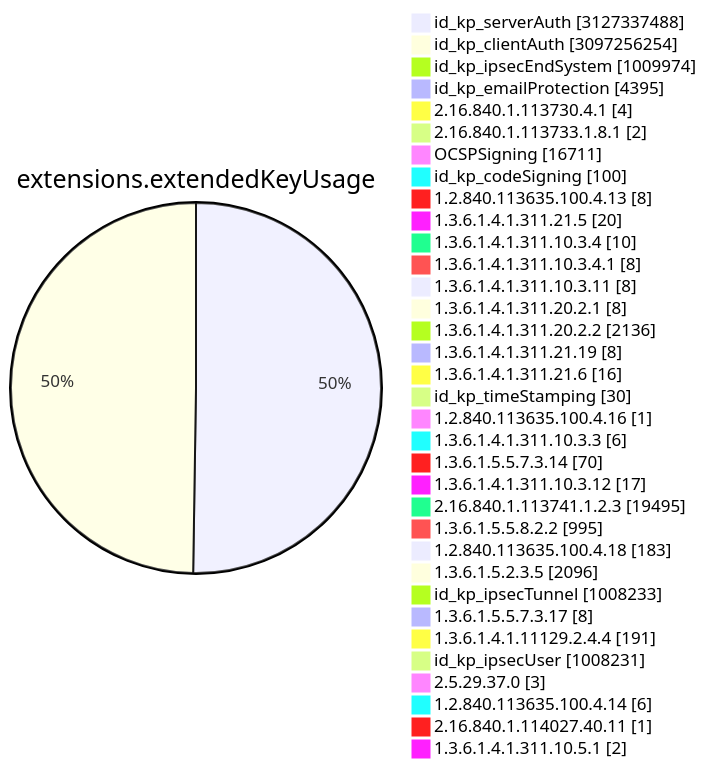
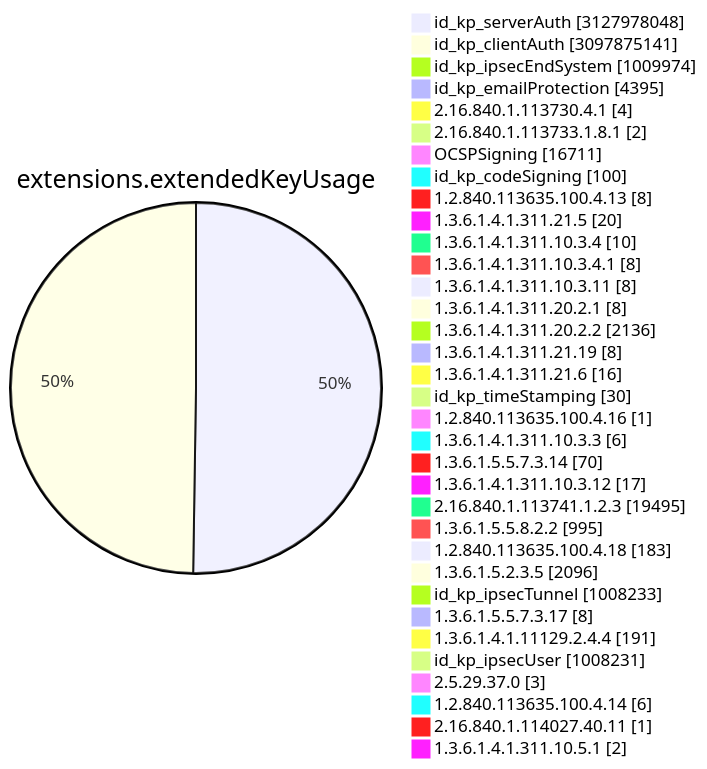
Before and after one commit to christiankrug/ctmonitor_visualization: diagram 11 of 15 in TOTAL/README.md, drawn with Mermaid. The commit also changed other lines of this file, not shown here.

````diff
--- a/TOTAL/README.md
+++ b/TOTAL/README.md
@@ -4119,38 +4119,38 @@
 ```mermaid
 pie showData
 title extensions.extendedKeyUsage
-"id_kp_serverAuth" :3127337488
-"id_kp_clientAuth" :3097256254
+"id_kp_serverAuth" :3127978048
+"id_kp_clientAuth" :3097875141
 "id_kp_ipsecEndSystem" :1009974
 "id_kp_emailProtection" :4395
 "2.16.840.1.113730.4.1" :4
 "2.16.840.1.113733.1.8.1" :2
 "OCSPSigning" :16711
 "id_kp_codeSigning" :100
 "1.2.840.113635.100.4.13" :8
 "1.3.6.1.4.1.311.21.5" :20
 "1.3.6.1.4.1.311.10.3.4" :10
 "1.3.6.1.4.1.311.10.3.4.1" :8
 "1.3.6.1.4.1.311.10.3.11" :8
 "1.3.6.1.4.1.311.20.2.1" :8
 "1.3.6.1.4.1.311.20.2.2" :2136
 "1.3.6.1.4.1.311.21.19" :8
 "1.3.6.1.4.1.311.21.6" :16
 "id_kp_timeStamping" :30
 "1.2.840.113635.100.4.16" :1
 "1.3.6.1.4.1.311.10.3.3" :6
 "1.3.6.1.5.5.7.3.14" :70
 "1.3.6.1.4.1.311.10.3.12" :17
 "2.16.840.1.113741.1.2.3" :19495
 "1.3.6.1.5.5.8.2.2" :995
 "1.2.840.113635.100.4.18" :183
 "1.3.6.1.5.2.3.5" :2096
 "id_kp_ipsecTunnel" :1008233
 "1.3.6.1.5.5.7.3.17" :8
 "1.3.6.1.4.1.11129.2.4.4" :191
 "id_kp_ipsecUser" :1008231
 "2.5.29.37.0" :3
 "1.2.840.113635.100.4.14" :6
 "2.16.840.1.114027.40.11" :1
 "1.3.6.1.4.1.311.10.5.1" :2
 ```
````
